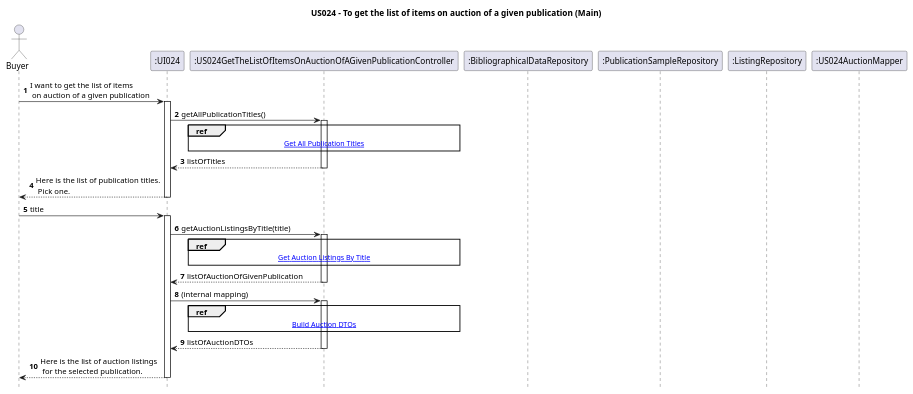
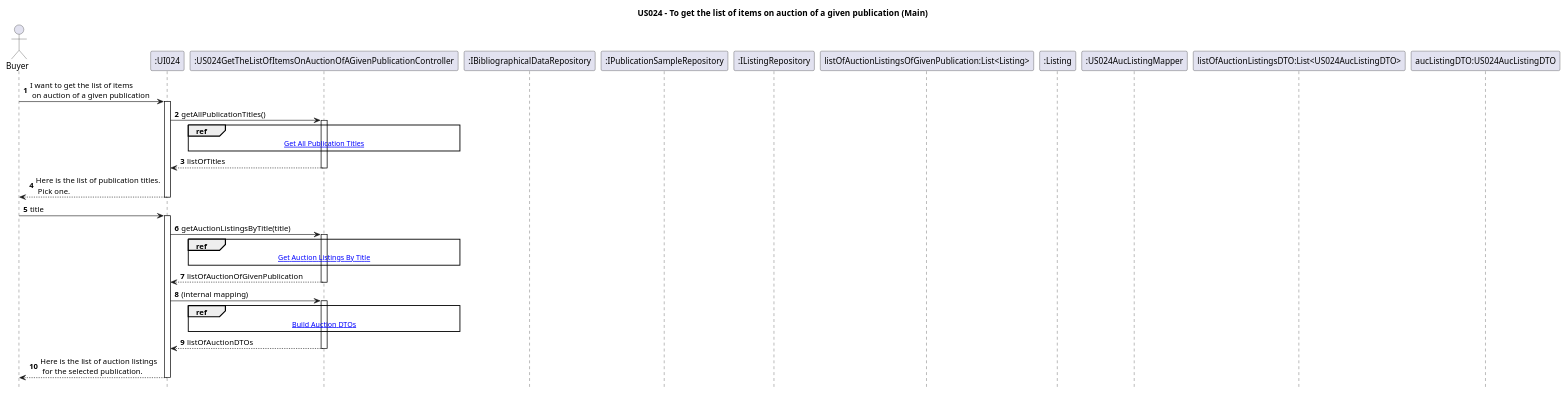
Before and after one commit to AndrePereiraGitH/SWitCH-Project-Team_A: the diagram in Diagrams/SequenceDiagrams/N2/US024_Get_List_Of_Items_Auction_Of_Given_Publication/1.MainDiagram.puml, drawn with PlantUML. The commit also changed 6 other files, not shown here.

```diff
--- a/Diagrams/SequenceDiagrams/N2/US024_Get_List_Of_Items_Auction_Of_Given_Publication/1.MainDiagram.puml
+++ b/Diagrams/SequenceDiagrams/N2/US024_Get_List_Of_Items_Auction_Of_Given_Publication/1.MainDiagram.puml
@@ -1,66 +1,70 @@
 @startuml
 hide footbox
 autonumber
 title US024 - To get the list of items on auction of a given publication (Main)
 
 actor Buyer
 participant ":UI024" as UI
 participant ":US024GetTheListOfItemsOnAuctionOfAGivenPublicationController" as Ctrl
-participant ":BibliographicalDataRepository" as bdRepo
-participant ":PublicationSampleRepository" as pubSampleRepo
-participant ":ListingRepository" as listingRepo
-participant ":US024AuctionMapper" as mapper
+participant ":IBibliographicalDataRepository" as bdRepo
+participant ":IPublicationSampleRepository" as pubSampleRepo
+participant ":IListingRepository" as listingRepo
+participant "listOfAuctionListingsOfGivenPublication:List<Listing>" as aucListing
+participant ":Listing" as listing
+participant ":US024AucListingMapper" as mapper
+participant "listOfAuctionListingsDTO:List<US024AucListingDTO>" as listOfAucListingDTO
+participant "aucListingDTO:US024AucListingDTO" as auctionListingDTO
 
 ' --- Start ---
 Buyer -> UI : I want to get the list of items\n on auction of a given publication
 activate UI
 
 ' =========================
 ' Get All Publication Titles (reference)
 ' =========================
 UI -> Ctrl : getAllPublicationTitles()
 activate Ctrl
 
 ref over Ctrl
 [[2.GetAllPublicationTitles.puml Get All Publication Titles]]
 end ref
 
 Ctrl --> UI : listOfTitles
 deactivate Ctrl
 
 UI --> Buyer : Here is the list of publication titles.\n Pick one.
 deactivate UI
 
 Buyer -> UI : title
 activate UI
 
 ' =========================
 ' Get Auction Listings By Title (reference)
 ' =========================
 UI -> Ctrl : getAuctionListingsByTitle(title)
 activate Ctrl
 
 ref over Ctrl
 [[3.GetAuctionListingsByTitle.puml Get Auction Listings By Title]]
 end ref
 
 Ctrl --> UI : listOfAuctionOfGivenPublication
 deactivate Ctrl
 
 ' =========================
 ' Build Auction DTOs (reference)
 ' =========================
 UI -> Ctrl : (internal mapping)
 activate Ctrl
 
 ref over Ctrl
 [[4.BuildAuctionDTOs.puml Build Auction DTOs]]
 end ref
 
 Ctrl --> UI : listOfAuctionDTOs
 deactivate Ctrl
 
 UI --> Buyer : Here is the list of auction listings\n for the selected publication.
 deactivate UI
 
 @enduml
```
